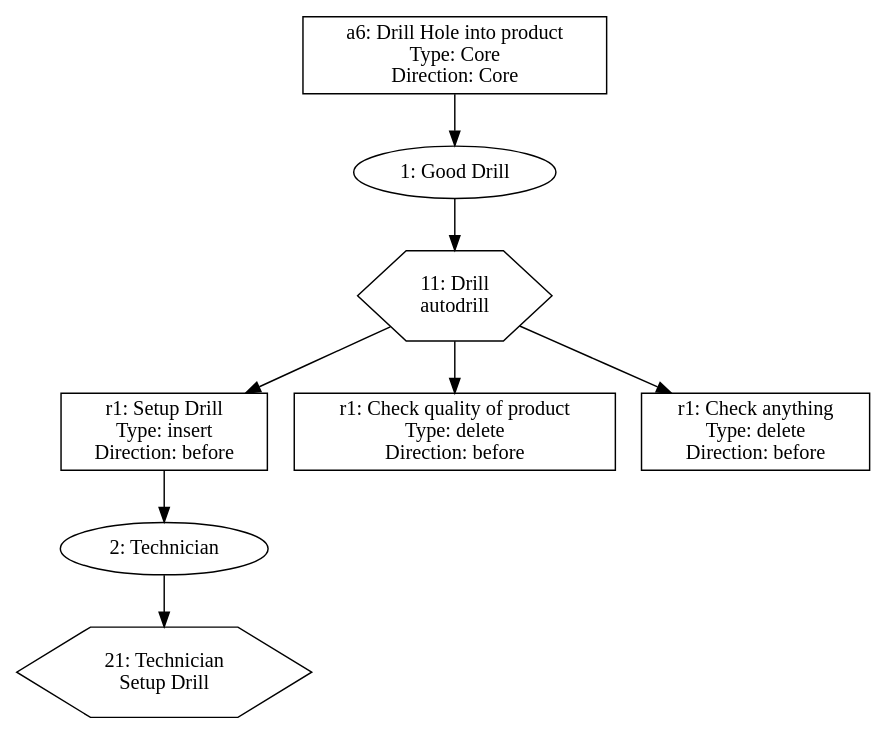
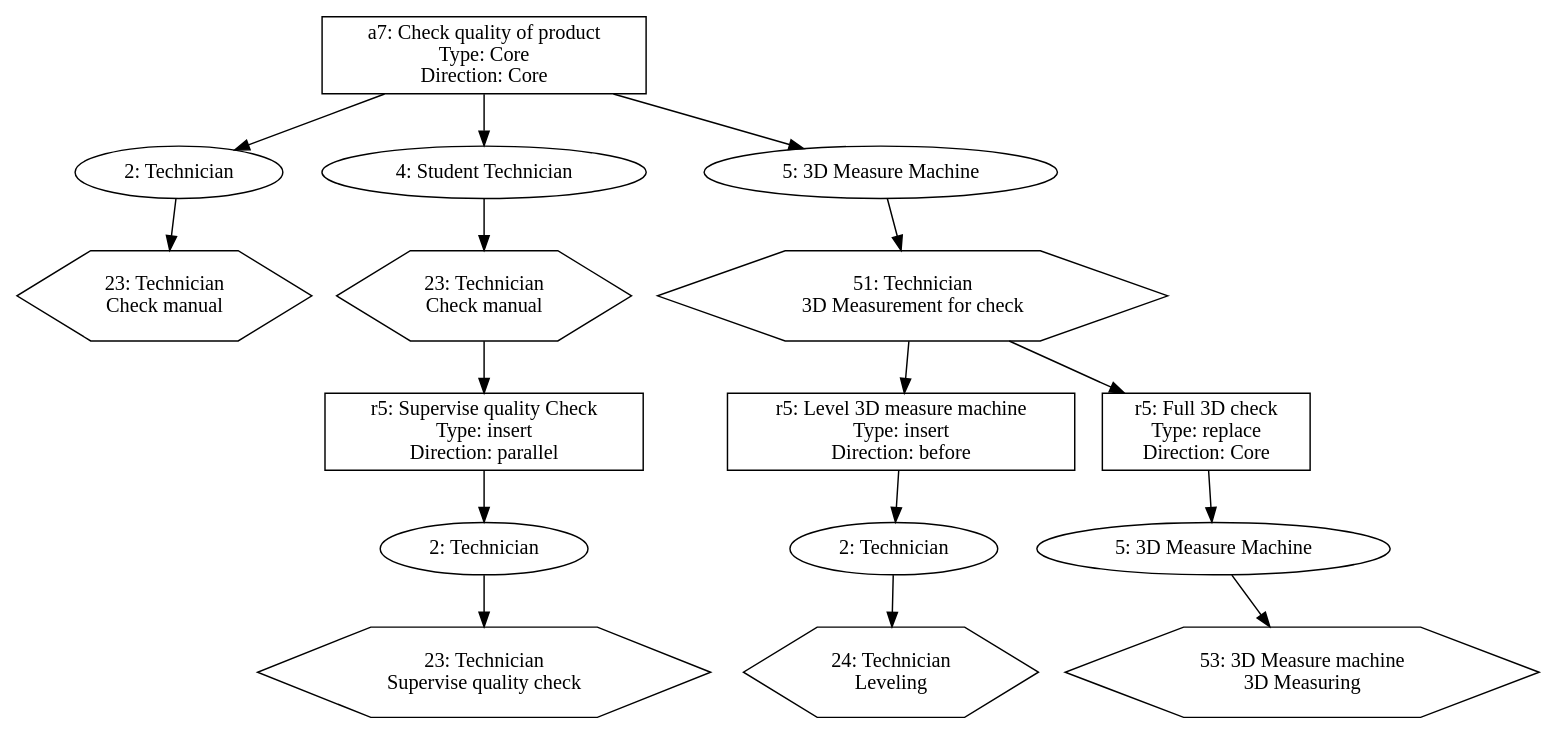
One commit to Schlixmann/RA-RPST-Allocation changed the diagram in tree_allocation/tree/tmp/call_tree.dot. Above: the diagram before and after it, drawn with Graphviz. The commit also changed 7 other files, not shown here.

```diff
--- a/tree_allocation/tree/tmp/call_tree.dot
+++ b/tree_allocation/tree/tmp/call_tree.dot
@@ -1,27 +1,47 @@
 digraph CallTree {
-	"3a5d9a14-9dc7-11ee-9423-04cf4b795879" [label = "a6: Drill Hole into product 
+	"cadd46b0-9e86-11ee-b5f6-04cf4b795879" [label = "a7: Check quality of product 
  Type: Core 
  Direction: Core" shape=rectangle]	; 
-	"3a5da464-9dc7-11ee-9423-04cf4b795879" [label = "1: Good Drill"]	; 
-	"3a5d9a14-9dc7-11ee-9423-04cf4b795879" -> "3a5da464-9dc7-11ee-9423-04cf4b795879"	 ;
-	"3a5da6f8-9dc7-11ee-9423-04cf4b795879" [label = "11: Drill 
- autodrill" shape=polygon sides=6]	; 
-	"3a5da464-9dc7-11ee-9423-04cf4b795879" -> "3a5da6f8-9dc7-11ee-9423-04cf4b795879"	 ;
-	"3a5da89c-9dc7-11ee-9423-04cf4b795879" [label = "r1: Setup Drill 
+	"cadd55ba-9e86-11ee-b5f6-04cf4b795879" [label = "2: Technician"]	; 
+	"cadd46b0-9e86-11ee-b5f6-04cf4b795879" -> "cadd55ba-9e86-11ee-b5f6-04cf4b795879"	 ;
+	"cadd5ab0-9e86-11ee-b5f6-04cf4b795879" [label = "23: Technician 
+ Check manual" shape=polygon sides=6]	; 
+	"cadd55ba-9e86-11ee-b5f6-04cf4b795879" -> "cadd5ab0-9e86-11ee-b5f6-04cf4b795879"	 ;
+	"cadd5cea-9e86-11ee-b5f6-04cf4b795879" [label = "4: Student Technician"]	; 
+	"cadd46b0-9e86-11ee-b5f6-04cf4b795879" -> "cadd5cea-9e86-11ee-b5f6-04cf4b795879"	 ;
+	"cadd6078-9e86-11ee-b5f6-04cf4b795879" [label = "23: Technician 
+ Check manual" shape=polygon sides=6]	; 
+	"cadd5cea-9e86-11ee-b5f6-04cf4b795879" -> "cadd6078-9e86-11ee-b5f6-04cf4b795879"	 ;
+	"cadd6294-9e86-11ee-b5f6-04cf4b795879" [label = "r5: Supervise quality Check 
+ Type: insert 
+ Direction: parallel" shape=rectangle]	; 
+	"cadd6078-9e86-11ee-b5f6-04cf4b795879" -> "cadd6294-9e86-11ee-b5f6-04cf4b795879"	 ;
+	"cadd66fe-9e86-11ee-b5f6-04cf4b795879" [label = "2: Technician"]	; 
+	"cadd6294-9e86-11ee-b5f6-04cf4b795879" -> "cadd66fe-9e86-11ee-b5f6-04cf4b795879"	 ;
+	"cadd6a78-9e86-11ee-b5f6-04cf4b795879" [label = "23: Technician 
+ Supervise quality check" shape=polygon sides=6]	; 
+	"cadd66fe-9e86-11ee-b5f6-04cf4b795879" -> "cadd6a78-9e86-11ee-b5f6-04cf4b795879"	 ;
+	"cadd6c80-9e86-11ee-b5f6-04cf4b795879" [label = "5: 3D Measure Machine"]	; 
+	"cadd46b0-9e86-11ee-b5f6-04cf4b795879" -> "cadd6c80-9e86-11ee-b5f6-04cf4b795879"	 ;
+	"cadd6fd2-9e86-11ee-b5f6-04cf4b795879" [label = "51: Technician 
+ 3D Measurement for check" shape=polygon sides=6]	; 
+	"cadd6c80-9e86-11ee-b5f6-04cf4b795879" -> "cadd6fd2-9e86-11ee-b5f6-04cf4b795879"	 ;
+	"cadd71c6-9e86-11ee-b5f6-04cf4b795879" [label = "r5: Level 3D measure machine 
  Type: insert 
  Direction: before" shape=rectangle]	; 
-	"3a5da6f8-9dc7-11ee-9423-04cf4b795879" -> "3a5da89c-9dc7-11ee-9423-04cf4b795879"	 ;
-	"3a5dac48-9dc7-11ee-9423-04cf4b795879" [label = "2: Technician"]	; 
-	"3a5da89c-9dc7-11ee-9423-04cf4b795879" -> "3a5dac48-9dc7-11ee-9423-04cf4b795879"	 ;
-	"3a5daeb4-9dc7-11ee-9423-04cf4b795879" [label = "21: Technician 
- Setup Drill" shape=polygon sides=6]	; 
-	"3a5dac48-9dc7-11ee-9423-04cf4b795879" -> "3a5daeb4-9dc7-11ee-9423-04cf4b795879"	 ;
-	"3a5db03a-9dc7-11ee-9423-04cf4b795879" [label = "r1: Check quality of product 
- Type: delete 
- Direction: before" shape=rectangle]	; 
-	"3a5da6f8-9dc7-11ee-9423-04cf4b795879" -> "3a5db03a-9dc7-11ee-9423-04cf4b795879"	 ;
-	"3a5db2ba-9dc7-11ee-9423-04cf4b795879" [label = "r1: Check anything 
- Type: delete 
- Direction: before" shape=rectangle]	; 
-	"3a5da6f8-9dc7-11ee-9423-04cf4b795879" -> "3a5db2ba-9dc7-11ee-9423-04cf4b795879"	 ;
+	"cadd6fd2-9e86-11ee-b5f6-04cf4b795879" -> "cadd71c6-9e86-11ee-b5f6-04cf4b795879"	 ;
+	"cadd75b8-9e86-11ee-b5f6-04cf4b795879" [label = "2: Technician"]	; 
+	"cadd71c6-9e86-11ee-b5f6-04cf4b795879" -> "cadd75b8-9e86-11ee-b5f6-04cf4b795879"	 ;
+	"cadd7928-9e86-11ee-b5f6-04cf4b795879" [label = "24: Technician 
+ Leveling" shape=polygon sides=6]	; 
+	"cadd75b8-9e86-11ee-b5f6-04cf4b795879" -> "cadd7928-9e86-11ee-b5f6-04cf4b795879"	 ;
+	"cadd7b12-9e86-11ee-b5f6-04cf4b795879" [label = "r5: Full 3D check 
+ Type: replace 
+ Direction: Core" shape=rectangle]	; 
+	"cadd6fd2-9e86-11ee-b5f6-04cf4b795879" -> "cadd7b12-9e86-11ee-b5f6-04cf4b795879"	 ;
+	"cadd7fb8-9e86-11ee-b5f6-04cf4b795879" [label = "5: 3D Measure Machine"]	; 
+	"cadd7b12-9e86-11ee-b5f6-04cf4b795879" -> "cadd7fb8-9e86-11ee-b5f6-04cf4b795879"	 ;
+	"cadd831e-9e86-11ee-b5f6-04cf4b795879" [label = "53: 3D Measure machine 
+ 3D Measuring" shape=polygon sides=6]	; 
+	"cadd7fb8-9e86-11ee-b5f6-04cf4b795879" -> "cadd831e-9e86-11ee-b5f6-04cf4b795879"	 ;
 }
```
